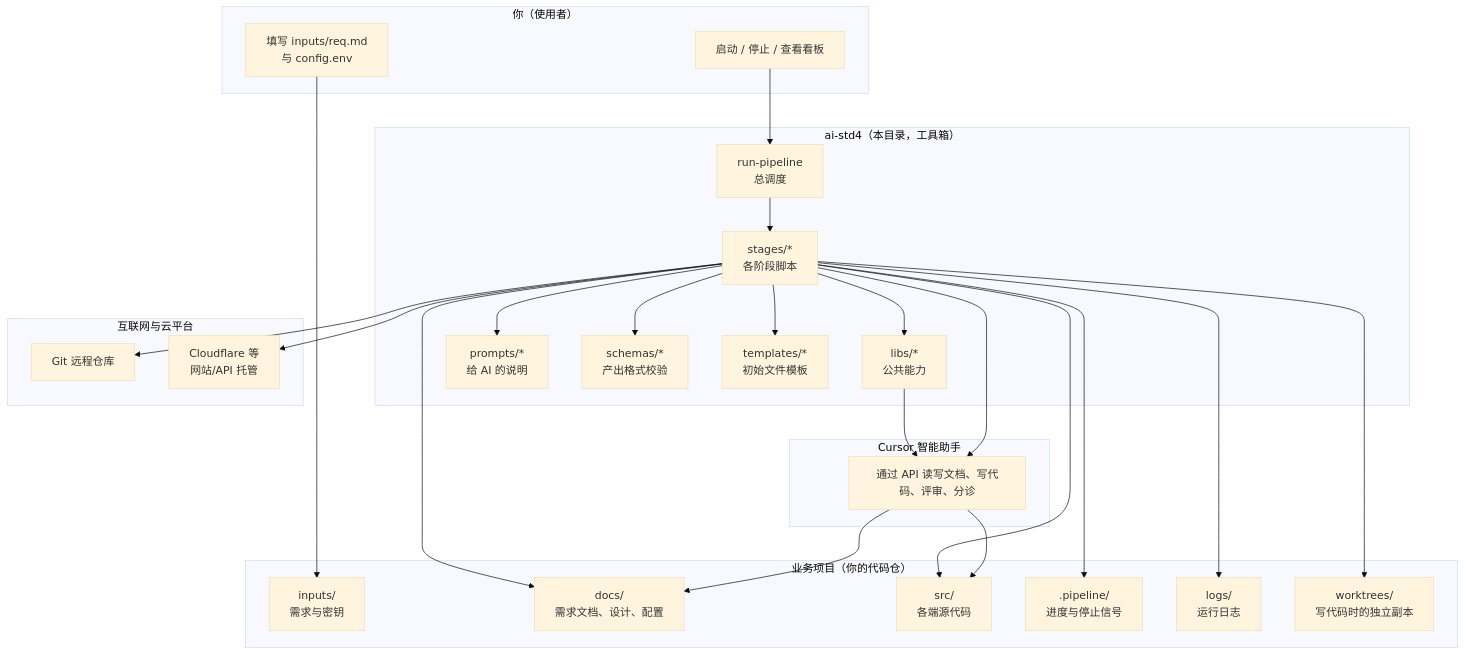
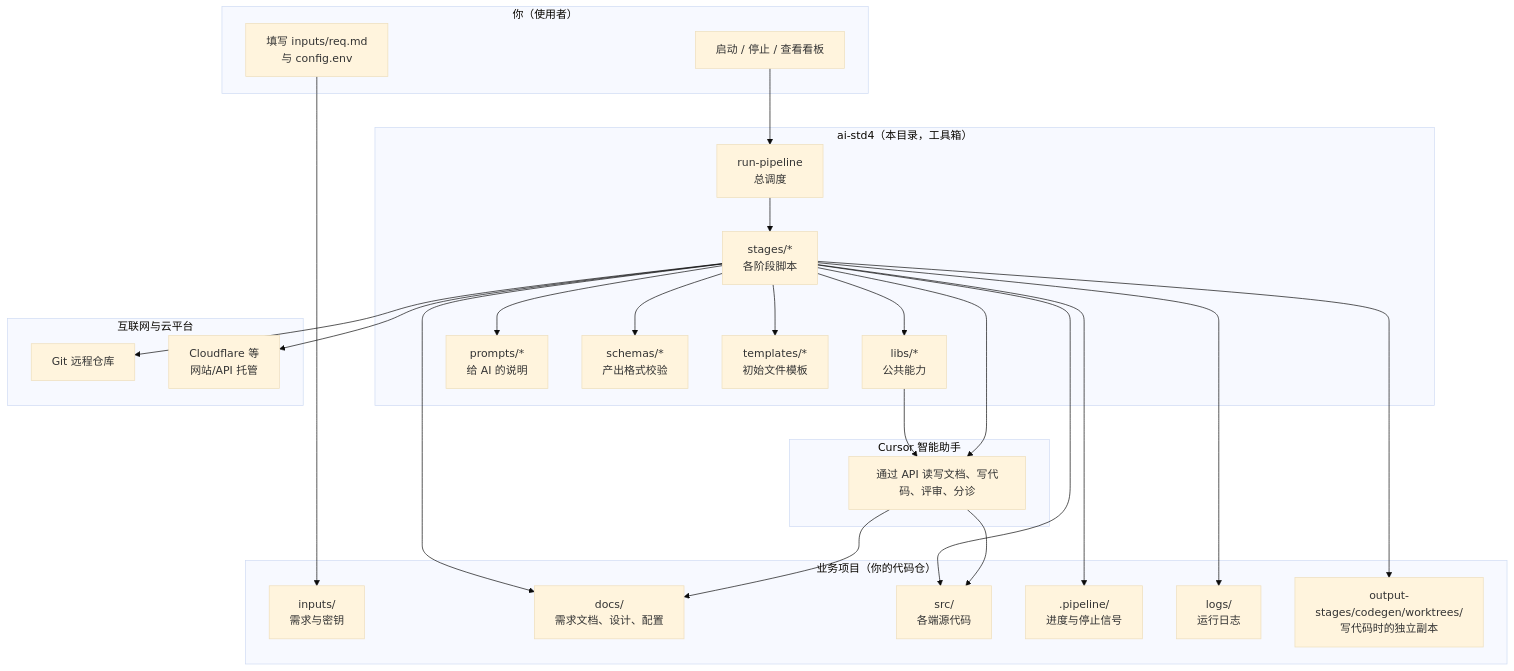
One commit to rudyzhuang/skill-v3 changed the first of 4 diagrams in ai-std4/README.md. Above: the diagram before and after it, drawn with Mermaid (base theme). The commit also changed other lines of this file and 11 other files, not shown here.

First line of the commit message:
refactor(ai-std4): 将 codegen worktrees 与 worker 迁至 output-stages/codegen

````diff
--- a/ai-std4/README.md
+++ b/ai-std4/README.md
@@ -53,53 +53,53 @@
 ```mermaid
 flowchart TB
   subgraph User["你（使用者）"]
     U1["填写 inputs/req.md<br/>与 config.env"]
     U2["启动 / 停止 / 查看看板"]
   end
 
   subgraph Biz["业务项目（你的代码仓）"]
     IN["inputs/<br/>需求与密钥"]
     DOC["docs/<br/>需求文档、设计、配置"]
     SRC["src/<br/>各端源代码"]
     PIPE[".pipeline/<br/>进度与停止信号"]
     LOG["logs/<br/>运行日志"]
-    WT["worktrees/<br/>写代码时的独立副本"]
+    WT["output-stages/codegen/worktrees/<br/>写代码时的独立副本"]
   end
 
   subgraph Std4["ai-std4（本目录，工具箱）"]
     RP["run-pipeline<br/>总调度"]
     ST["stages/*<br/>各阶段脚本"]
     LIB["libs/*<br/>公共能力"]
     PR["prompts/*<br/>给 AI 的说明"]
     SCH["schemas/*<br/>产出格式校验"]
     TPL["templates/*<br/>初始文件模板"]
   end
 
   subgraph AI["Cursor 智能助手"]
     AG["通过 API 读写文档、写代码、评审、分诊"]
   end
 
   subgraph Cloud["互联网与云平台"]
     GH["Git 远程仓库"]
     CF["Cloudflare 等<br/>网站/API 托管"]
   end
 
   U1 --> IN
   U2 --> RP
   RP --> ST
   ST --> LIB
   ST --> PR
   ST --> SCH
   ST --> TPL
   ST --> DOC
   ST --> SRC
   ST --> PIPE
   ST --> LOG
   ST --> WT
   LIB --> AG
   ST --> AG
   ST --> GH
   ST --> CF
   AG --> DOC
   AG --> SRC
 ```
````
